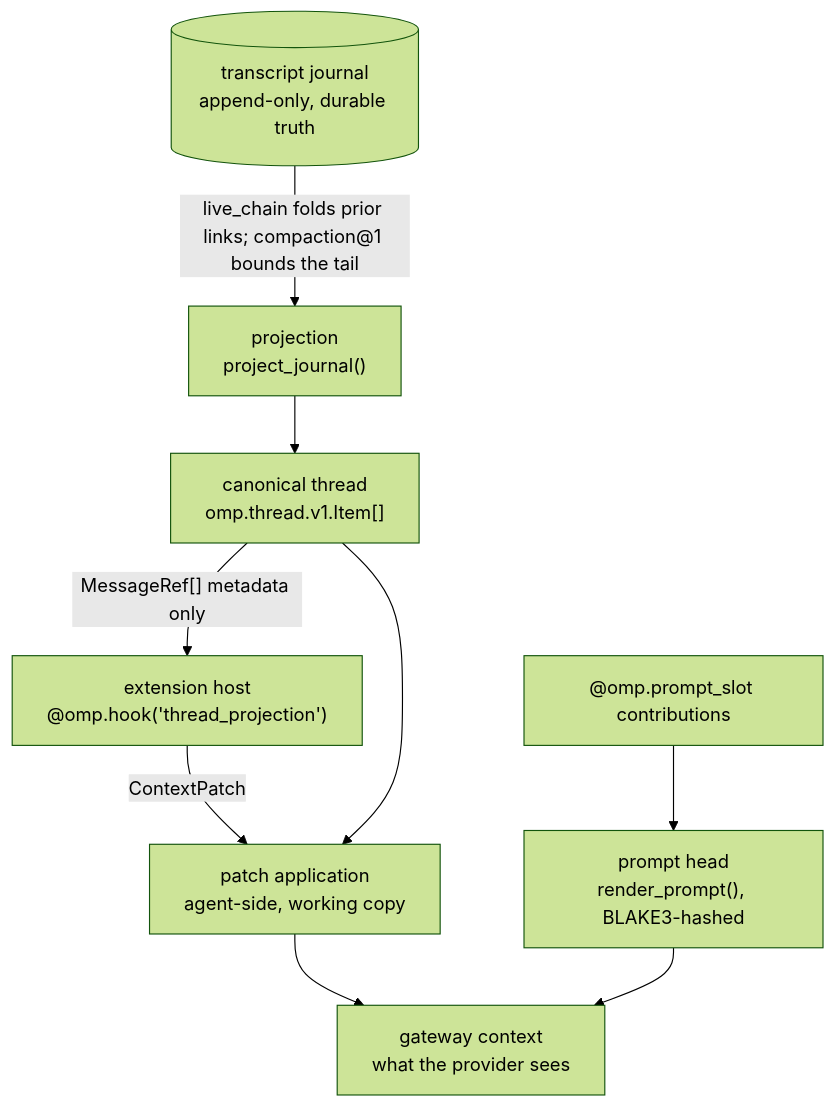
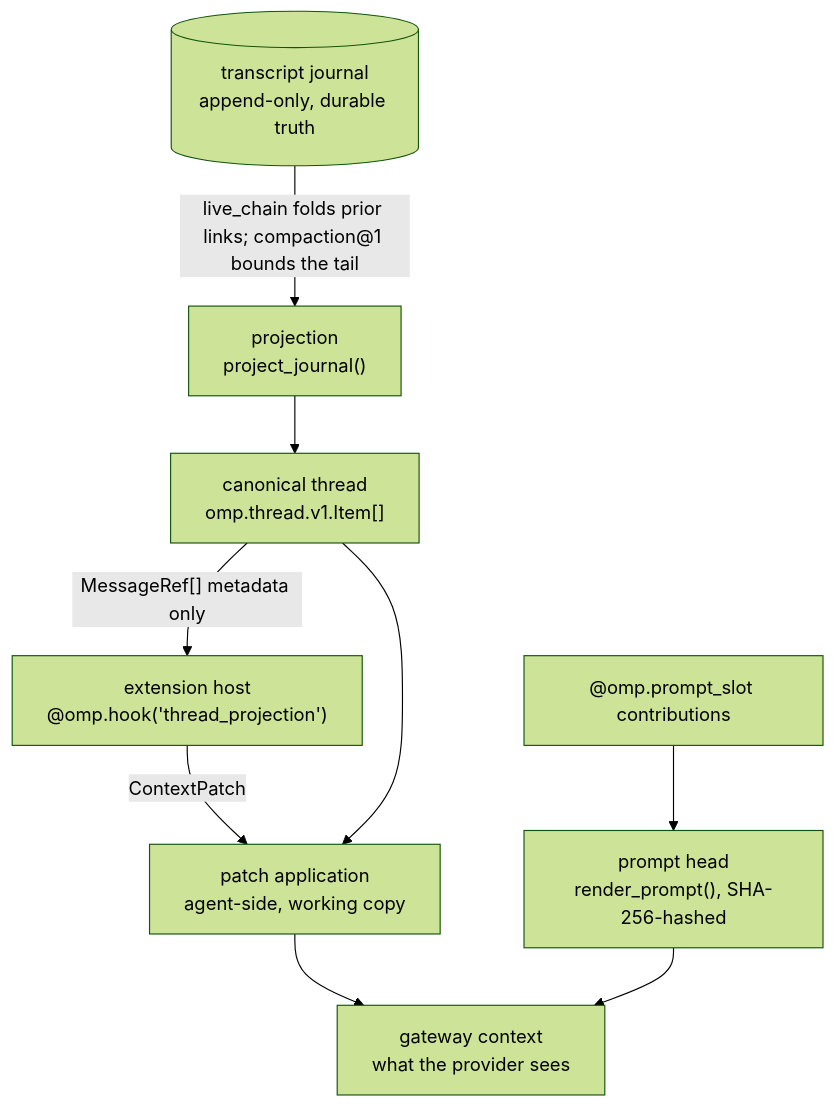
One commit to can1357/oh-my-pi changed the first of 2 diagrams in docs/py/08-context.md. Above: the diagram before and after it, drawn with Mermaid (forest theme). The commit also changed other lines of this file and 6 other files, not shown here.

````diff
--- a/docs/py/08-context.md
+++ b/docs/py/08-context.md
@@ -31,12 +31,12 @@
 ```mermaid
 flowchart TB
     J[("transcript journal<br/>append-only, durable truth")]
     J -->|"live_chain folds prior links; compaction@1 bounds the tail"| P["projection<br/>project_journal()"]
     P --> T["canonical thread<br/>omp.thread.v1.Item[]"]
     T -->|"MessageRef[] metadata only"| H["extension host<br/>@omp.hook('thread_projection')"]
     H -->|ContextPatch| A["patch application<br/>agent-side, working copy"]
     T --> A
     A --> G["gateway context<br/>what the provider sees"]
-    S["@omp.prompt_slot contributions"] --> PH["prompt head<br/>render_prompt(), BLAKE3-hashed"]
+    S["@omp.prompt_slot contributions"] --> PH["prompt head<br/>render_prompt(), SHA-256-hashed"]
     PH --> G
 ```
````
